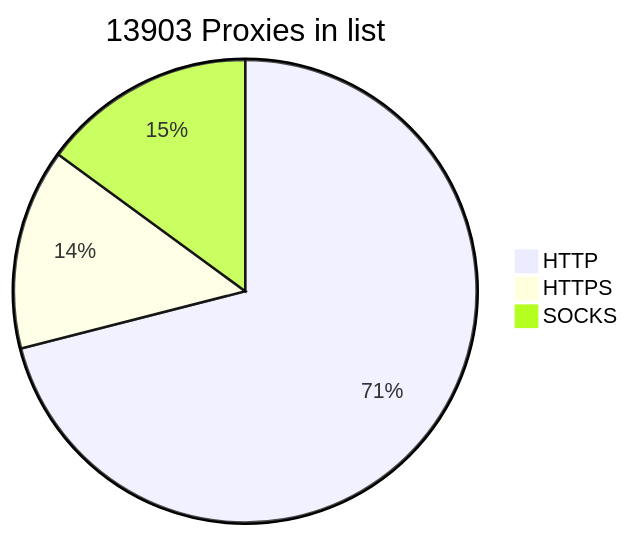
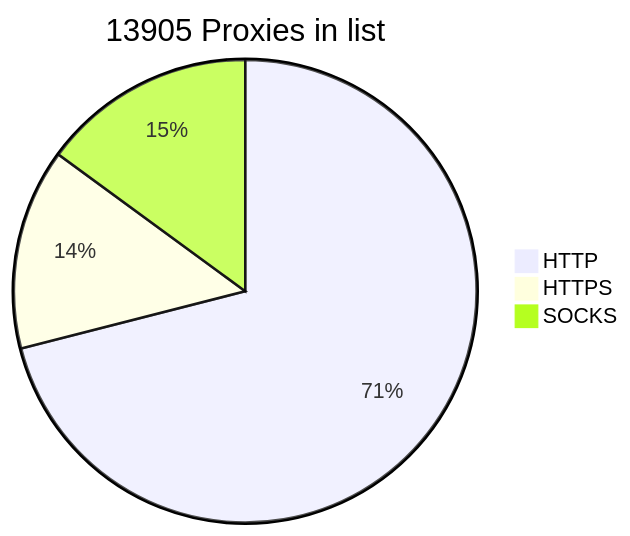
Before and after one commit to BlackSnowDot/proxylist-update-every-minute: the diagram in README.md, drawn with Mermaid.

````diff
--- a/README.md
+++ b/README.md
@@ -2,6 +2,6 @@
 ```mermaid
-pie title 13903 Proxies in list
-    "HTTP" : 10362
+pie title 13905 Proxies in list
+    "HTTP" : 10363
     "HTTPS": 2048
     "SOCKS" : 2180
 ```
````
